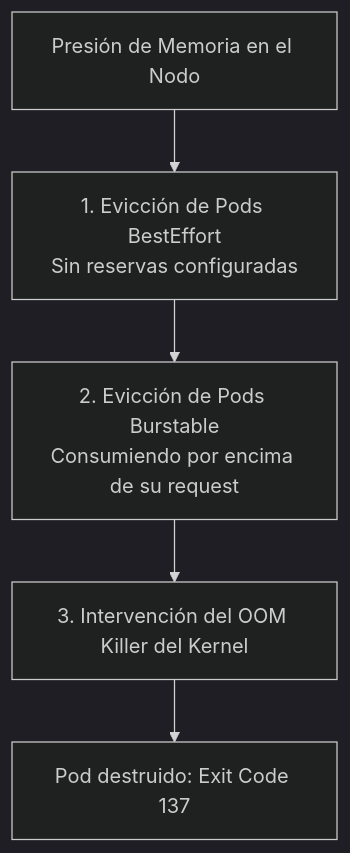
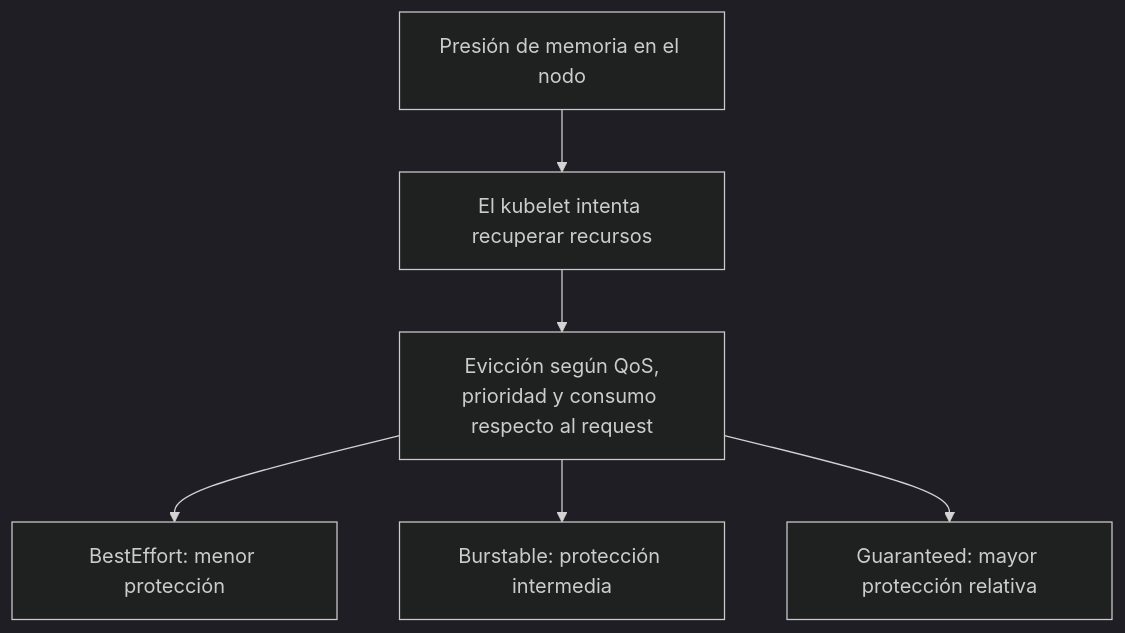
Before and after one commit to ieftraining/curso-openshift: the fourth of 7 diagrams in docs/sesion4/4.2 Recursoso, cuotas y ubicación.md, drawn with Mermaid (dark theme). The commit also changed other lines of this file, not shown here.

````diff
--- a/docs/sesion4/4.2 Recursoso, cuotas y ubicación.md
+++ b/docs/sesion4/4.2 Recursoso, cuotas y ubicación.md
@@ -250,7 +304,8 @@
 ```mermaid
 flowchart TD
-    A[Presión de Memoria en el Nodo] --> B[1. Evicción de Pods BestEffort<br>Sin reservas configuradas]
-    B --> C[2. Evicción de Pods Burstable<br>Consumiendo por encima de su request]
-    C --> D[3. Intervención del OOM Killer del Kernel]
-    D --> E[Pod destruido: Exit Code 137]
+    A[Presión de memoria en el nodo] --> B[El kubelet intenta recuperar recursos]
+    B --> C[Evicción según QoS,<br/>prioridad y consumo respecto al request]
+    C --> D[BestEffort: menor protección]
+    C --> E[Burstable: protección intermedia]
+    C --> F[Guaranteed: mayor protección relativa]
 ```
````
